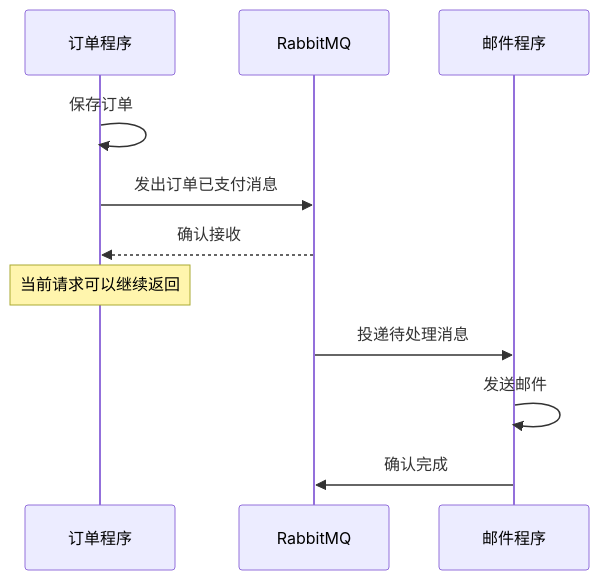
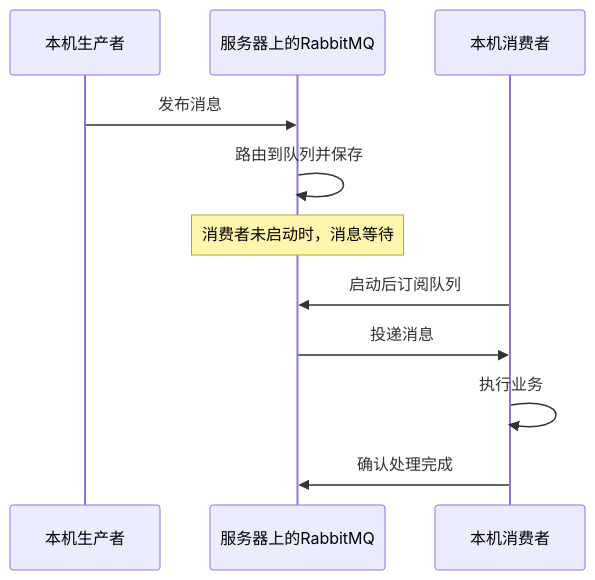
The first of 13 diagrams in rabbitMQ学习/README.md (tianshiyang/ai-lab), drawn with Mermaid before and after one commit. The commit also changed other lines of this file and 2 other files, not shown here.

Commit message:
refactor(rabbitMQ学习): 移除集中资源常量，名称内联到调用处

````diff
--- a/rabbitMQ学习/README.md
+++ b/rabbitMQ学习/README.md
@@ -38,13 +34,13 @@
 ```mermaid
 sequenceDiagram
-    participant O as 订单程序
-    participant R as RabbitMQ
-    participant C as 邮件程序
-    O->>O: 保存订单
-    O->>R: 发出订单已支付消息
-    R-->>O: 确认接收
-    Note over O: 当前请求可以继续返回
-    R->>C: 投递待处理消息
-    C->>C: 发送邮件
-    C->>R: 确认完成
+    participant P as 本机生产者
+    participant R as 服务器上的RabbitMQ
+    participant C as 本机消费者
+    P->>R: 发布消息
+    R->>R: 路由到队列并保存
+    Note over R: 消费者未启动时，消息等待
+    C->>R: 启动后订阅队列
+    R->>C: 投递消息
+    C->>C: 执行业务
+    C->>R: 确认处理完成
 ```
````
